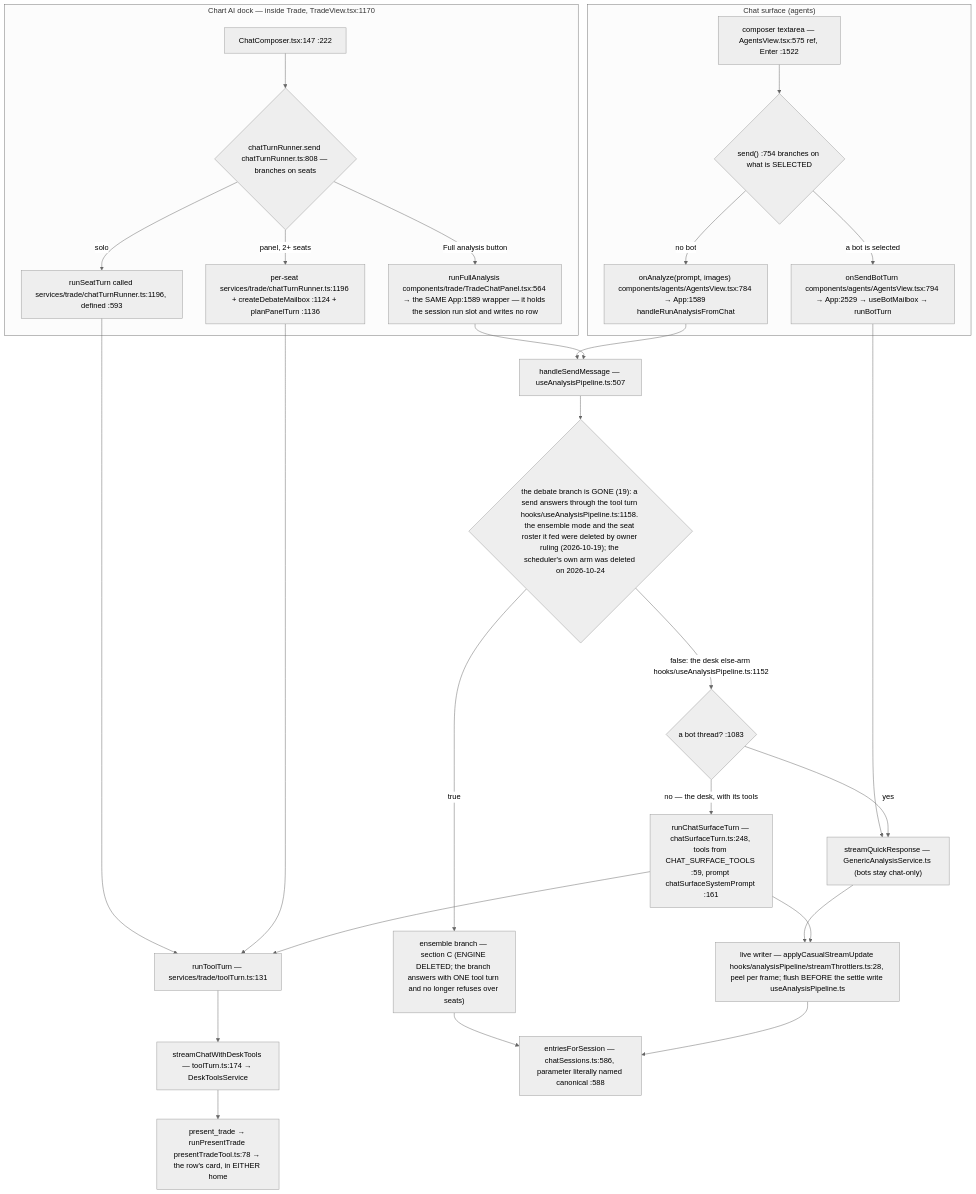
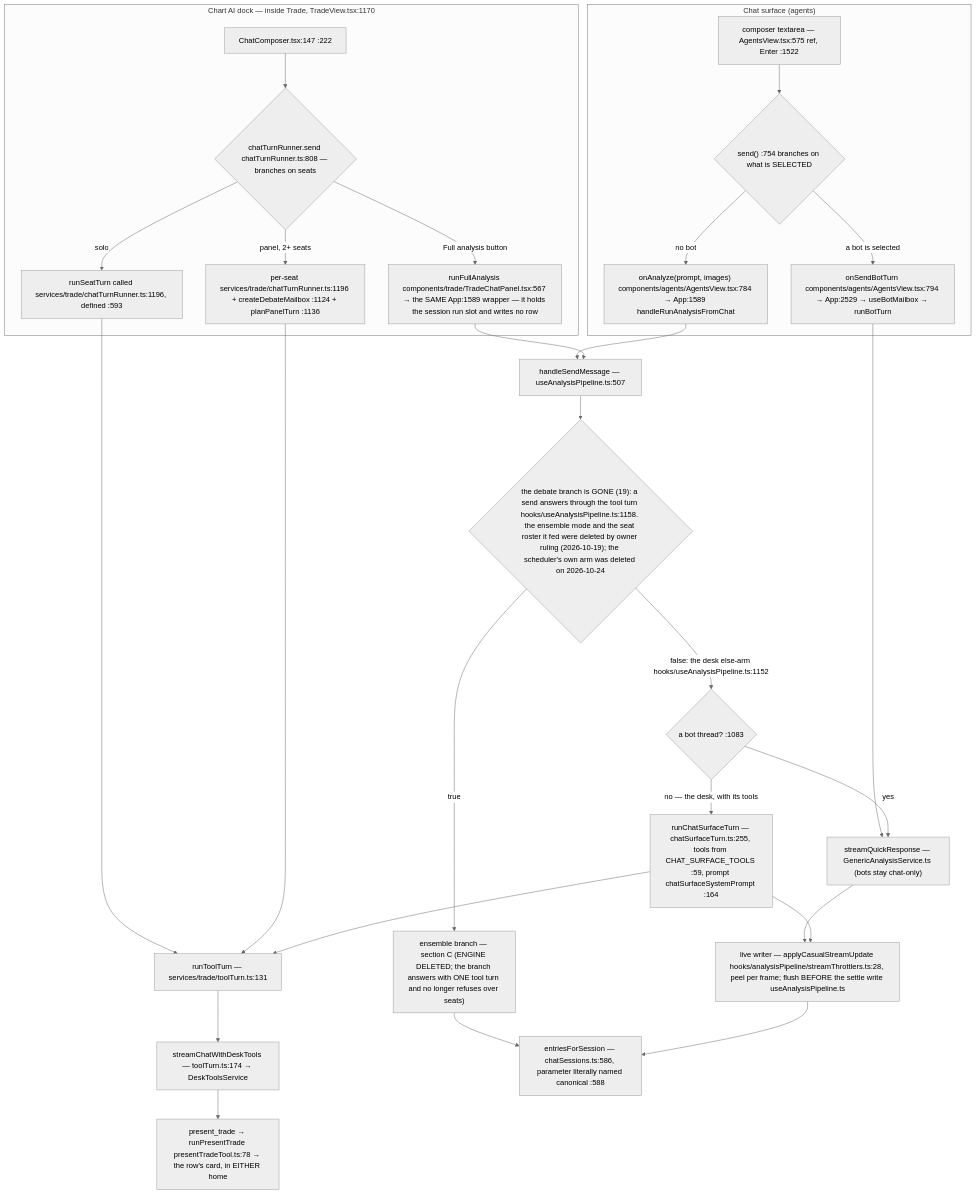
The second of 8 diagrams in docs/app-flow.md (Acepay25/august-3.5), drawn with Mermaid (neutral theme) before and after one commit. The commit also changed other lines of this file and 7 other files, not shown here.

````diff
--- a/docs/app-flow.md
+++ b/docs/app-flow.md
@@ -78,31 +78,31 @@
 ```mermaid
 flowchart TD
     subgraph CHAT["Chat surface (agents)"]
         CB["composer textarea — AgentsView.tsx:575 ref, Enter :1522"] --> D1{"send() :754 branches on what is SELECTED"}
         D1 -->|a bot is selected| BOT["onSendBotTurn components/agents/AgentsView.tsx:794 → App:2529 → useBotMailbox → runBotTurn"]
         D1 -->|no bot| AN["onAnalyze(prompt, images) components/agents/AgentsView.tsx:784 → App:1589 handleRunAnalysisFromChat"]
     end
     subgraph DOCK["Chart AI dock — inside Trade, TradeView.tsx:1170"]
         DC["ChatComposer.tsx:147 :222"] --> D2{"chatTurnRunner.send chatTurnRunner.ts:808 — branches on seats"}
         D2 -->|solo| SO["runSeatTurn called services/trade/chatTurnRunner.ts:1196, defined :593"]
         D2 -->|panel, 2+ seats| PN["per-seat services/trade/chatTurnRunner.ts:1196 + createDebateMailbox :1124 + planPanelTurn :1136"]
-        D2 -->|Full analysis button| FA["runFullAnalysis components/trade/TradeChatPanel.tsx:564 → the SAME App:1589 wrapper — it holds the session run slot and writes no row"]
+        D2 -->|Full analysis button| FA["runFullAnalysis components/trade/TradeChatPanel.tsx:567 → the SAME App:1589 wrapper — it holds the session run slot and writes no row"]
     end
     SO --> TT["runToolTurn — services/trade/toolTurn.ts:131"]
     PN --> TT
     TT --> SCDT["streamChatWithDeskTools — toolTurn.ts:174 → DeskToolsService"]
     BOT --> TR["streamQuickResponse — GenericAnalysisService.ts (bots stay chat-only)"]
     AN --> HSM["handleSendMessage — useAnalysisPipeline.ts:507"]
     FA --> HSM
     HSM --> D3{"the debate branch is GONE (19): a send answers through the tool turn hooks/useAnalysisPipeline.ts:1158. the ensemble mode and the seat roster it fed were deleted by owner ruling (2026-10-19); the scheduler's own arm was deleted on 2026-10-24"}
     D3 -->|true| ENS["ensemble branch — section C (ENGINE DELETED; the branch answers with ONE tool turn and no longer refuses over seats)"]
     D3 -->|false: the desk else-arm hooks/useAnalysisPipeline.ts:1152| SPLIT{"a bot thread? :1083"}
     SPLIT -->|yes| TR
-    SPLIT -->|no — the desk, with its tools| CST["runChatSurfaceTurn — chatSurfaceTurn.ts:248, tools from CHAT_SURFACE_TOOLS :59, prompt chatSurfaceSystemPrompt :161"]
+    SPLIT -->|no — the desk, with its tools| CST["runChatSurfaceTurn — chatSurfaceTurn.ts:255, tools from CHAT_SURFACE_TOOLS :59, prompt chatSurfaceSystemPrompt :164"]
     CST --> TT
     TR --> LW["live writer — applyCasualStreamUpdate hooks/analysisPipeline/streamThrottlers.ts:28, peel per frame; flush BEFORE the settle write useAnalysisPipeline.ts"]
     CST --> LW
     ENS --> MERGE
     LW --> MERGE["entriesForSession — chatSessions.ts:586, parameter literally named canonical :588"]
     SCDT --> PT["present_trade → runPresentTrade presentTradeTool.ts:78 → the row's card, in EITHER home"]
 ```
````
